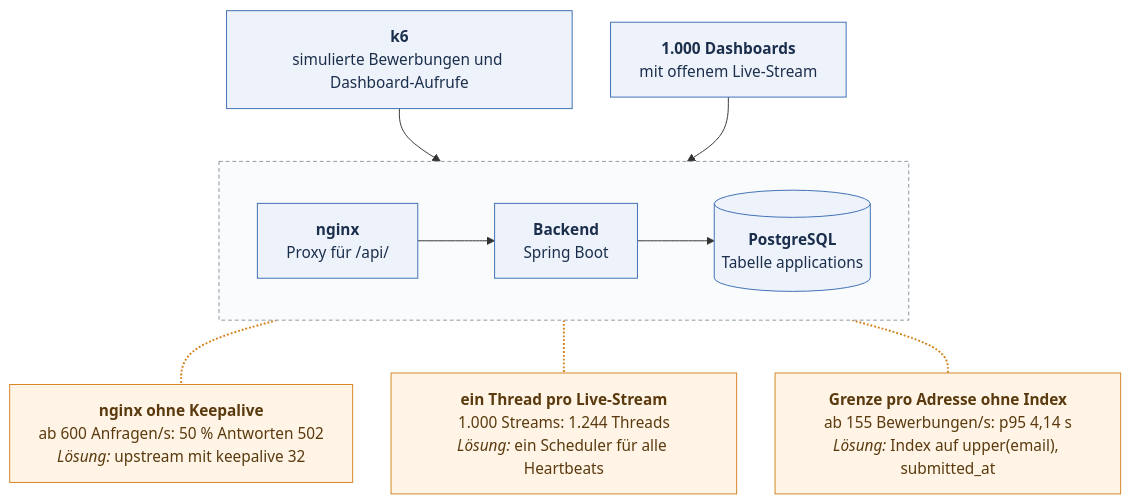
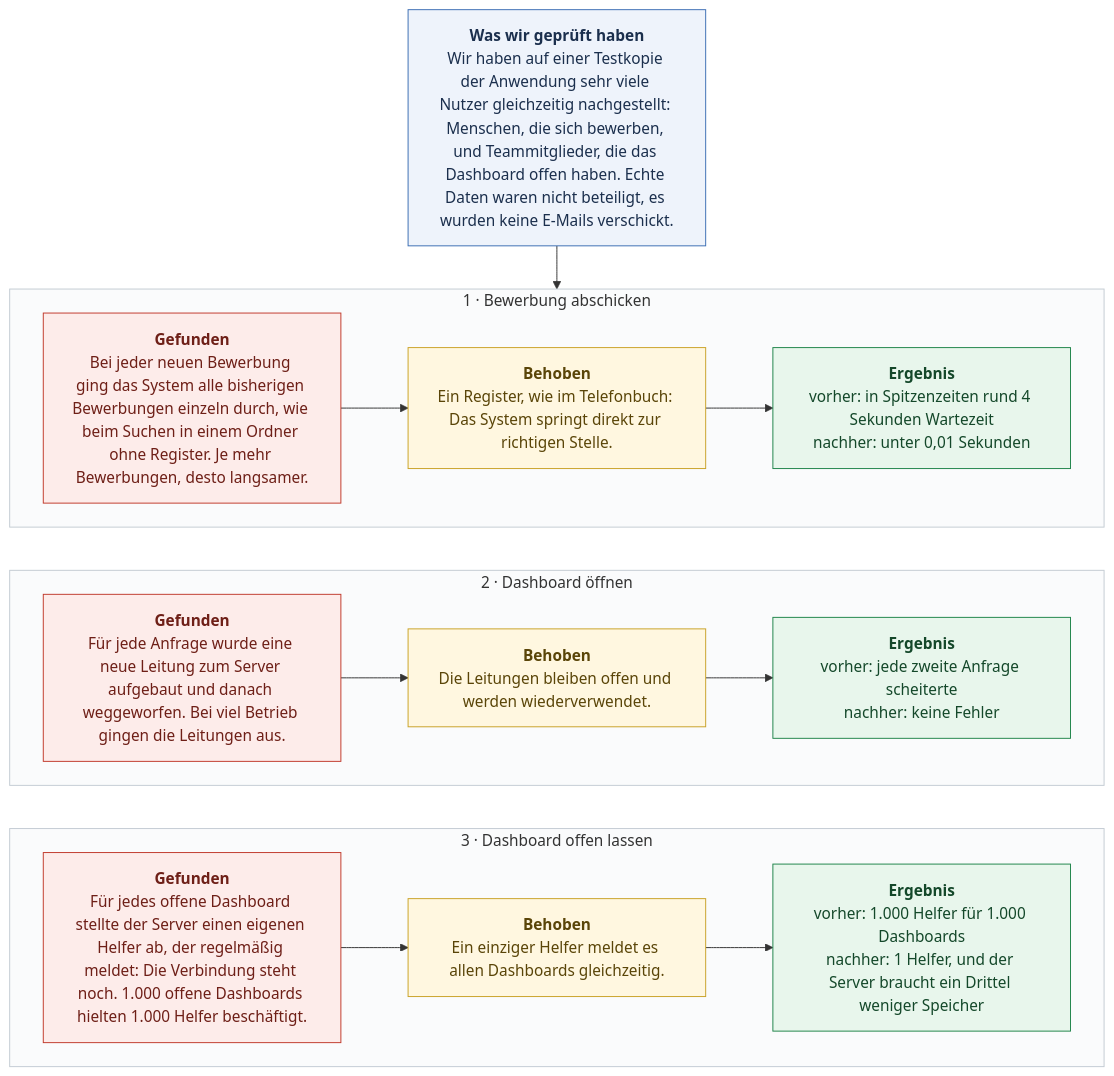
The diagram in load-test/RESULTS.md (kamalshekho/design-thinking-workshop), drawn with Mermaid before and after one commit. The commit also changed other lines of this file, not shown here.

Commit message:
docs(load-test): replace the technical diagrams with one plain-language overview

````diff
--- a/load-test/RESULTS.md
+++ b/load-test/RESULTS.md
@@ -32,32 +15,45 @@
 ```mermaid
-%%{init: {"flowchart": {"wrappingWidth": 300, "nodeSpacing": 40, "rankSpacing": 55}}}%%
+%%{init: {"flowchart": {"wrappingWidth": 250, "nodeSpacing": 30, "rankSpacing": 45}}}%%
 flowchart TB
-    k6["<b>k6</b><br/>simulierte Bewerbungen und Dashboard-Aufrufe"]
-    dash["<b>1.000 Dashboards</b><br/>mit offenem Live-Stream"]
+    start["<b>Was wir geprüft haben</b><br/>Wir haben auf einer Testkopie der Anwendung sehr viele Nutzer gleichzeitig nachgestellt: Menschen, die sich bewerben, und Teammitglieder, die das Dashboard offen haben. Echte Daten waren nicht beteiligt, es wurden keine E-Mails verschickt."]
 
-    subgraph stack[" "]
+    subgraph r1["1 · Bewerbung abschicken"]
         direction LR
-        nginx["<b>nginx</b><br/>Proxy für /api/"]
-        backend["<b>Backend</b><br/>Spring Boot"]
-        db[("<b>PostgreSQL</b><br/>Tabelle applications")]
-        nginx --> backend --> db
+        p1["<b>Gefunden</b><br/>Bei jeder neuen Bewerbung ging das System alle bisherigen Bewerbungen einzeln durch, wie beim Suchen in einem Ordner ohne Register. Je mehr Bewerbungen, desto langsamer."]
+        f1["<b>Behoben</b><br/>Ein Register, wie im Telefonbuch: Das System springt direkt zur richtigen Stelle."]
+        e1["<b>Ergebnis</b><br/>vorher: in Spitzenzeiten rund 4 Sekunden Wartezeit<br/>nachher: unter 0,01 Sekunden"]
+        p1 --> f1 --> e1
     end
 
-    k6 --> nginx
-    dash --> nginx
+    subgraph r2["2 · Dashboard öffnen"]
+        direction LR
+        p2["<b>Gefunden</b><br/>Für jede Anfrage wurde eine neue Leitung zum Server aufgebaut und danach weggeworfen. Bei viel Betrieb gingen die Leitungen aus."]
+        f2["<b>Behoben</b><br/>Die Leitungen bleiben offen und werden wiederverwendet."]
+        e2["<b>Ergebnis</b><br/>vorher: jede zweite Anfrage scheiterte<br/>nachher: keine Fehler"]
+        p2 --> f2 --> e2
+    end
 
-    e2["<b>nginx ohne Keepalive</b><br/>ab 600 Anfragen/s: 50 % Antworten 502<br/><i>Lösung:</i> upstream mit keepalive 32"]
-    e3["<b>ein Thread pro Live-Stream</b><br/>1.000 Streams: 1.244 Threads<br/><i>Lösung:</i> ein Scheduler für alle Heartbeats"]
-    e1["<b>Grenze pro Adresse ohne Index</b><br/>ab 155 Bewerbungen/s: p95 4,14 s<br/><i>Lösung:</i> Index auf upper(email), submitted_at"]
+    subgraph r3["3 · Dashboard offen lassen"]
+        direction LR
+        p3["<b>Gefunden</b><br/>Für jedes offene Dashboard stellte der Server einen eigenen Helfer ab, der regelmäßig meldet: Die Verbindung steht noch. 1.000 offene Dashboards hielten 1.000 Helfer beschäftigt."]
+        f3["<b>Behoben</b><br/>Ein einziger Helfer meldet es allen Dashboards gleichzeitig."]
+        e3["<b>Ergebnis</b><br/>vorher: 1.000 Helfer für 1.000 Dashboards<br/>nachher: 1 Helfer, und der Server braucht ein Drittel weniger Speicher"]
+        p3 --> f3 --> e3
+    end
 
-    nginx -.- e2
-    backend -.- e3
-    db -.- e1
+    start --> r1
+    r1 ~~~ r2
+    r2 ~~~ r3
 
-    classDef part fill:#eef3fb,stroke:#3b6db3,color:#1b2f4d
-    classDef finding fill:#fff4e5,stroke:#d4841f,color:#5a3a0e
-    class k6,dash,nginx,backend,db part
-    class e1,e2,e3 finding
-    style stack fill:#fafbfc,stroke:#8a96a3,stroke-dasharray:4 3
-    linkStyle 4,5,6 stroke:#d4841f,stroke-width:2px
+    classDef intro fill:#eef3fb,stroke:#3b6db3,color:#1b2f4d
+    classDef found fill:#fdecea,stroke:#c0392b,color:#6e1f17
+    classDef fixed fill:#fff7e0,stroke:#c9a227,color:#5a4508
+    classDef result fill:#e8f6ec,stroke:#1e8449,color:#14482a
+    class start intro
+    class p1,p2,p3 found
+    class f1,f2,f3 fixed
+    class e1,e2,e3 result
+    style r1 fill:#fafbfc,stroke:#c3cbd3
+    style r2 fill:#fafbfc,stroke:#c3cbd3
+    style r3 fill:#fafbfc,stroke:#c3cbd3
 ```
````
